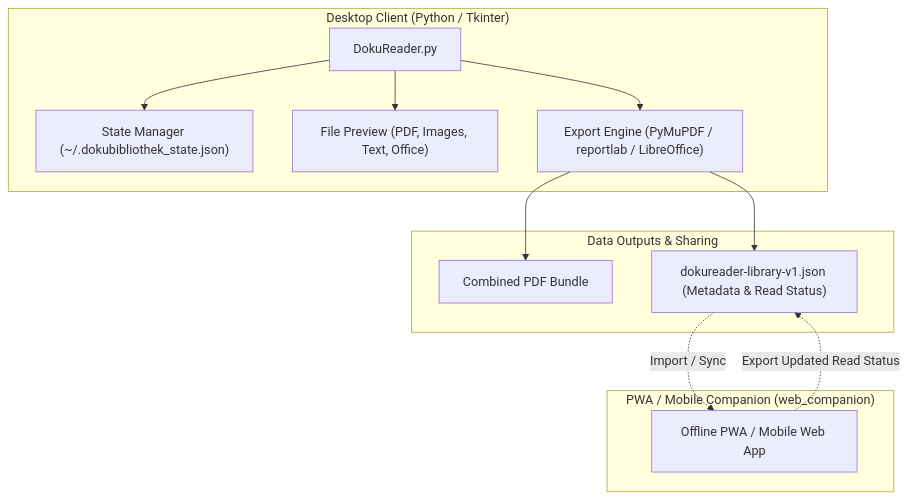
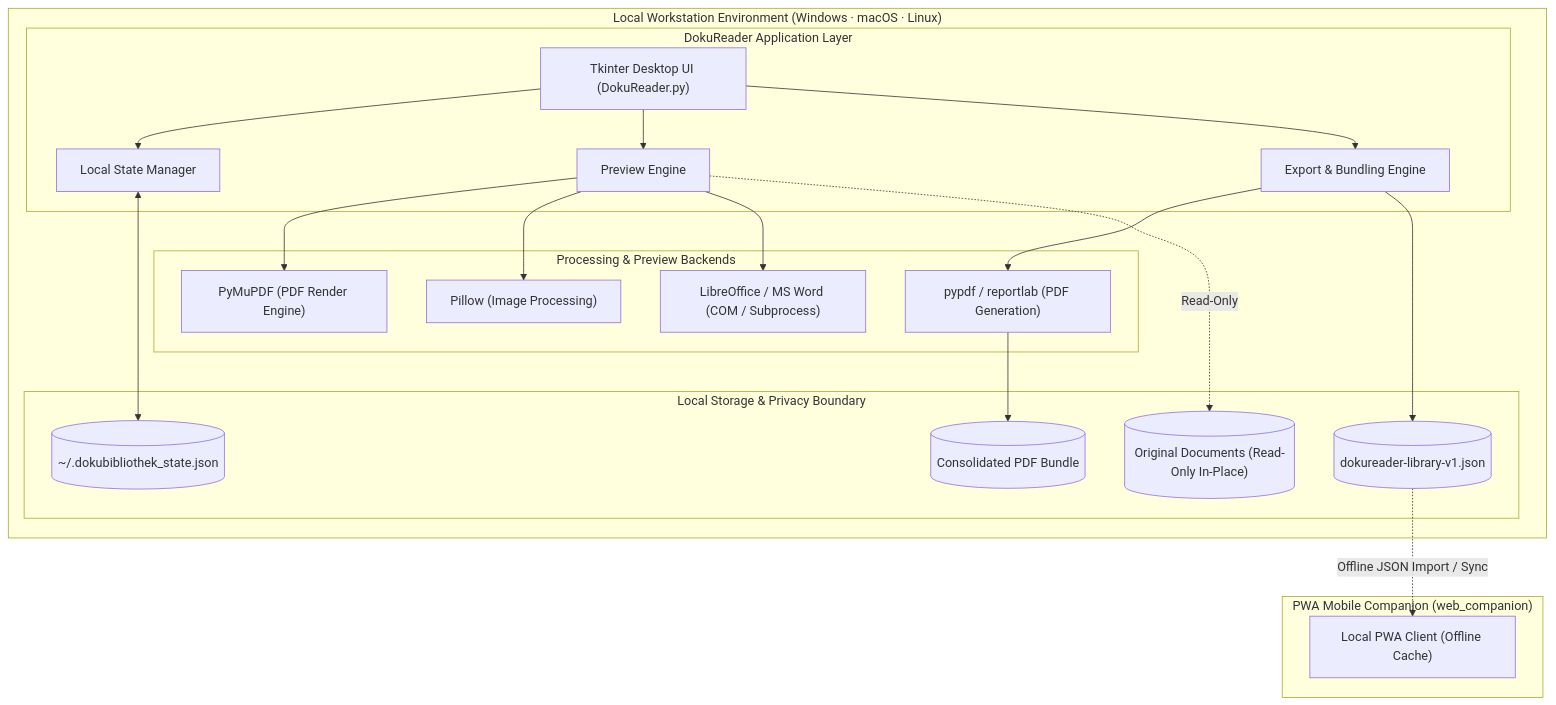
Before and after one commit to doc-bricks/DokuReader: the first of 2 diagrams in README.md, drawn with Mermaid. The commit also changed other lines of this file and 9 other files, not shown here.

Commit message:
docs(marketing): Pfad B discoverability, 15-point nav, dual mermaid & invariants

````diff
--- a/README.md
+++ b/README.md
@@ -72,22 +95,45 @@
 ```mermaid
-graph TD
-    subgraph Desktop ["Desktop Client (Python / Tkinter)"]
-        UI["DokuReader.py"]
-        State["State Manager (~/.dokubibliothek_state.json)"]
-        Preview["File Preview (PDF, Images, Text, Office)"]
-        Exporter["Export Engine (PyMuPDF / reportlab / LibreOffice)"]
-        UI --> State
-        UI --> Preview
-        UI --> Exporter
+flowchart TD
+    subgraph Host ["Local Workstation Environment (Windows · macOS · Linux)"]
+        subgraph App ["DokuReader Application Layer"]
+            UI["Tkinter Desktop UI (DokuReader.py)"]
+            StateManager["Local State Manager"]
+            PreviewEngine["Preview Engine"]
+            ExportEngine["Export & Bundling Engine"]
+        end
+
+        subgraph Backends ["Processing & Preview Backends"]
+            MuPDF["PyMuPDF (PDF Render Engine)"]
+            PIL["Pillow (Image Processing)"]
+            OfficeConv["LibreOffice / MS Word (COM / Subprocess)"]
+            PDFMerger["pypdf / reportlab (PDF Generation)"]
+        end
+
+        subgraph Storage ["Local Storage & Privacy Boundary"]
+            Originals[("Original Documents (Read-Only In-Place)")]
+            StateFile[("~/.dokubibliothek_state.json")]
+            ExportFile[("dokureader-library-v1.json")]
+            PDFOutput[("Consolidated PDF Bundle")]
+        end
     end
 
-    subgraph Output ["Data Outputs & Sharing"]
-        Exporter --> PDFBundle["Combined PDF Bundle"]
-        Exporter --> JSONExport["dokureader-library-v1.json (Metadata & Read Status)"]
+    subgraph Companion ["PWA Mobile Companion (web_companion)"]
+        PWA["Local PWA Client (Offline Cache)"]
     end
 
-    subgraph Companion ["PWA / Mobile Companion (web_companion)"]
-        JSONExport -. Import / Sync .-> CompanionPWA["Offline PWA / Mobile Web App"]
-        CompanionPWA -. Export Updated Read Status .-> JSONExport
-    end
+    UI --> StateManager
+    UI --> PreviewEngine
+    UI --> ExportEngine
+
+    StateManager <--> StateFile
+    PreviewEngine --> MuPDF
+    PreviewEngine --> PIL
+    PreviewEngine --> OfficeConv
+    PreviewEngine -. Read-Only .-> Originals
+
+    ExportEngine --> PDFMerger
+    ExportEngine --> ExportFile
+    PDFMerger --> PDFOutput
+
+    ExportFile -. Offline JSON Import / Sync .-> PWA
 ```
````
